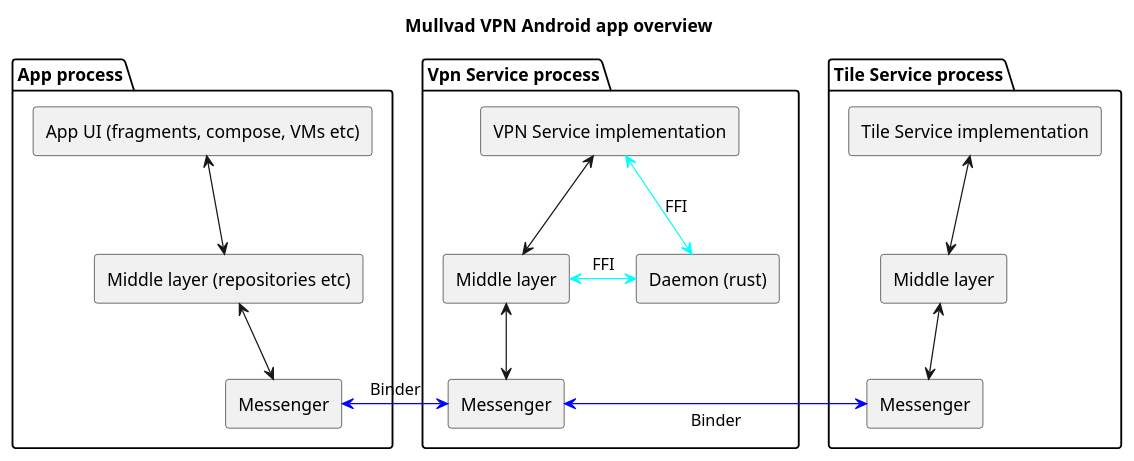
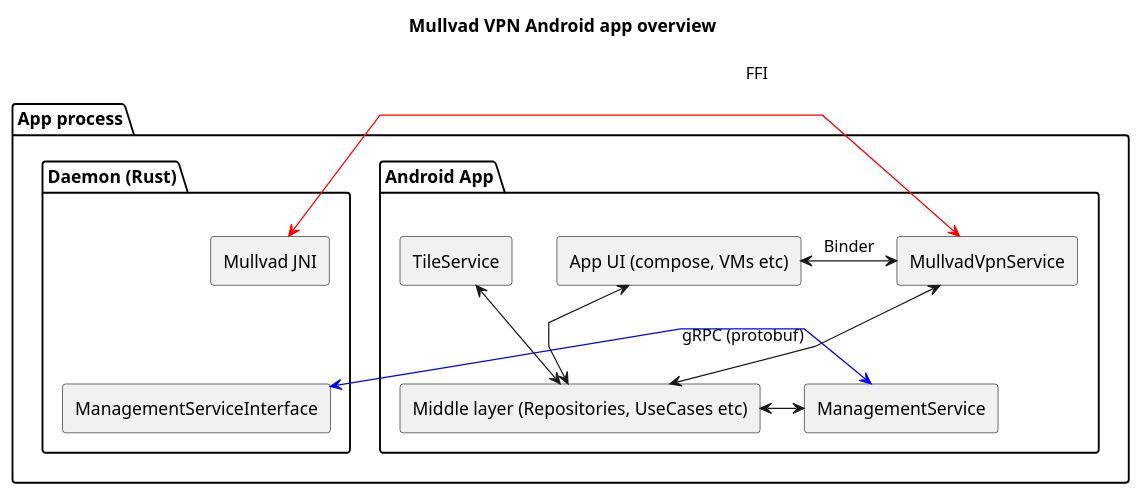
Before and after one commit to mullvad/mullvadvpn-app: the diagram in android/docs/diagrams/overview.puml, drawn with PlantUML. The commit also changed 1 other file, not shown here.

Commit message:
Update overview diagram

```diff
--- a/android/docs/diagrams/overview.puml
+++ b/android/docs/diagrams/overview.puml
@@ -1,46 +1,43 @@
 @startuml overview
 
 title Mullvad VPN Android app overview
 skinparam SequenceMessageAlign center
 skinparam componentStyle rectangle
 skinparam linetype polyline
 
-package "App process" as App {
-  component "App UI (fragments, compose, VMs etc)" as AppUI
-  component "Middle layer (repositories etc)" as AppMiddleLayer
-  component "Messenger" as AppMessenger
+package "App process" as AppProcess {
+  package "Android App" {
+    component "Middle layer (Repositories, UseCases etc)" as AppMiddleLayer
+    component "TileService" as TileService
+    component "App UI (compose, VMs etc)" as AppUI
+    component "MullvadVpnService" as VpnService
+    component "ManagementService" as GrpcClient
+  }
+
+
+  package "Daemon (Rust)" as DaemonApp {
+    component "Mullvad JNI" as MullvadJNI
+    component "ManagementServiceInterface" as GrpcServer
+  }
 }
 
-package "Vpn Service process" as VpnService {
-  component "VPN Service implementation" as VpnServiceImpl
-  component "Middle layer" as VpnMiddleLayer
-  component "Daemon (rust)" as Daemon
-  component "Messenger" as VpnMessenger
-}
 
-package "Tile Service process" as TileService {
-  component "Tile Service implementation" as TileServiceImpl
-  component "Middle layer" as TileMiddleLayer
-  component "Messenger" as TileMessenger
-}
-
-' Messenger (IPC) connections.
-' Also helps with alignment of plantuml packages.
-[AppMessenger] <-[#blue]r-> [VpnMessenger] : Binder
-[VpnMessenger] <-[#blue]r-> [TileMessenger] : Binder
+' gRPC connections.
+[GrpcClient] <-[#blue]r-> [GrpcServer] : gRPC (protobuf)
 
 ' App connections
 AppUI <-d-> AppMiddleLayer
-AppMiddleLayer <-d-> AppMessenger
+TileService <-d-> AppMiddleLayer
+VpnService <-d-> AppMiddleLayer
+AppMiddleLayer <-r-> GrpcClient
 
 ' Vpn service connections
-VpnServiceImpl <-d-> VpnMiddleLayer
-VpnServiceImpl <-[#cyan]r-> Daemon : FFI
-VpnMiddleLayer <-[#cyan]r-> Daemon : FFI
-VpnMiddleLayer <-d-> VpnMessenger
+VpnService <-[#red]r-> MullvadJNI : FFI
 
-' Tile service connections
-TileServiceImpl <-d-> TileMiddleLayer
-TileMiddleLayer <-d-> TileMessenger
+[AppUI] <-r-> [VpnService] : Binder
+
+' Fix alignment
+MullvadJNI <-[hidden]d-> GrpcServer
+TileService <-[hidden]r-> AppUI
 
 @enduml
```
